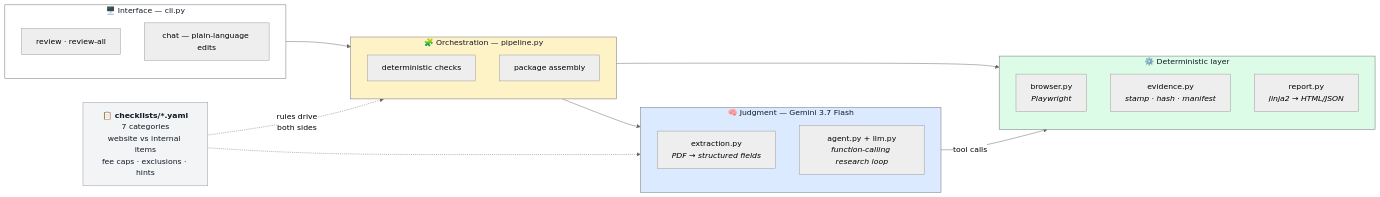
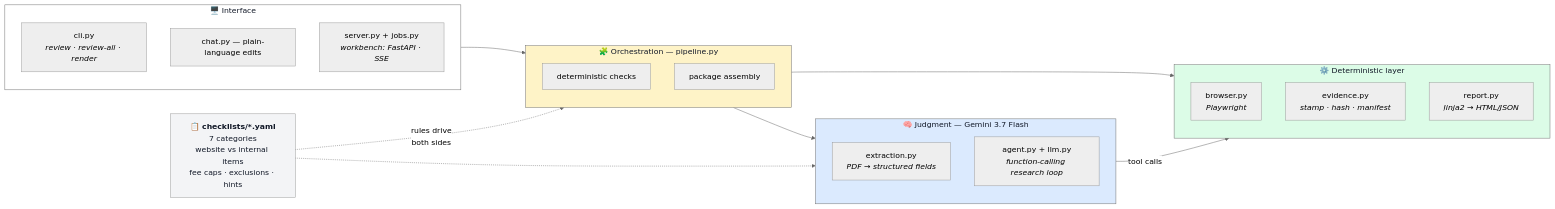
Before and after one commit to ebt55/proofpack: the third of 3 diagrams in README.md, drawn with Mermaid (neutral theme). The commit also changed other lines of this file and 34 other files, not shown here.

````diff
--- a/README.md
+++ b/README.md
@@ -278,38 +279,39 @@
 ```mermaid
 flowchart LR
-    subgraph cli["🖥️ Interface — cli.py"]
-        R["review · review-all"]
-        CH["chat — plain-language edits"]
+    subgraph cli["🖥️ Interface"]
+        R["cli.py<br/><i>review · review-all · render</i>"]
+        CH["chat.py — plain-language edits"]
+        SV["server.py + jobs.py<br/><i>workbench: FastAPI · SSE</i>"]
     end
 
     subgraph orch["🧩 Orchestration — pipeline.py"]
         P1["deterministic checks"]
         P2["package assembly"]
     end
 
     subgraph ai["🧠 Judgment — Gemini 3.7 Flash"]
         X["extraction.py<br/><i>PDF → structured fields</i>"]
         AG["agent.py + llm.py<br/><i>function-calling research loop</i>"]
     end
 
     subgraph det["⚙️ Deterministic layer"]
         BR["browser.py<br/><i>Playwright</i>"]
         EV["evidence.py<br/><i>stamp · hash · manifest</i>"]
         RP["report.py<br/><i>Jinja2 → HTML/JSON</i>"]
     end
 
     cfg["📋 <b>checklists/*.yaml</b><br/>7 categories<br/>website vs internal items<br/>fee caps · exclusions · hints"]
 
     cli --> orch
     orch --> ai
     orch --> det
     ai -->|"tool calls"| det
     cfg -.->|"rules drive<br/>both sides"| orch
     cfg -.-> ai
 
     style ai fill:#dbeafe,color:#111827
     style det fill:#dcfce7,color:#111827
     style cfg fill:#f3f4f6,color:#111827
     style orch fill:#fef3c7,color:#111827
     style cli fill:#ffffff,color:#111827
 ```
````
